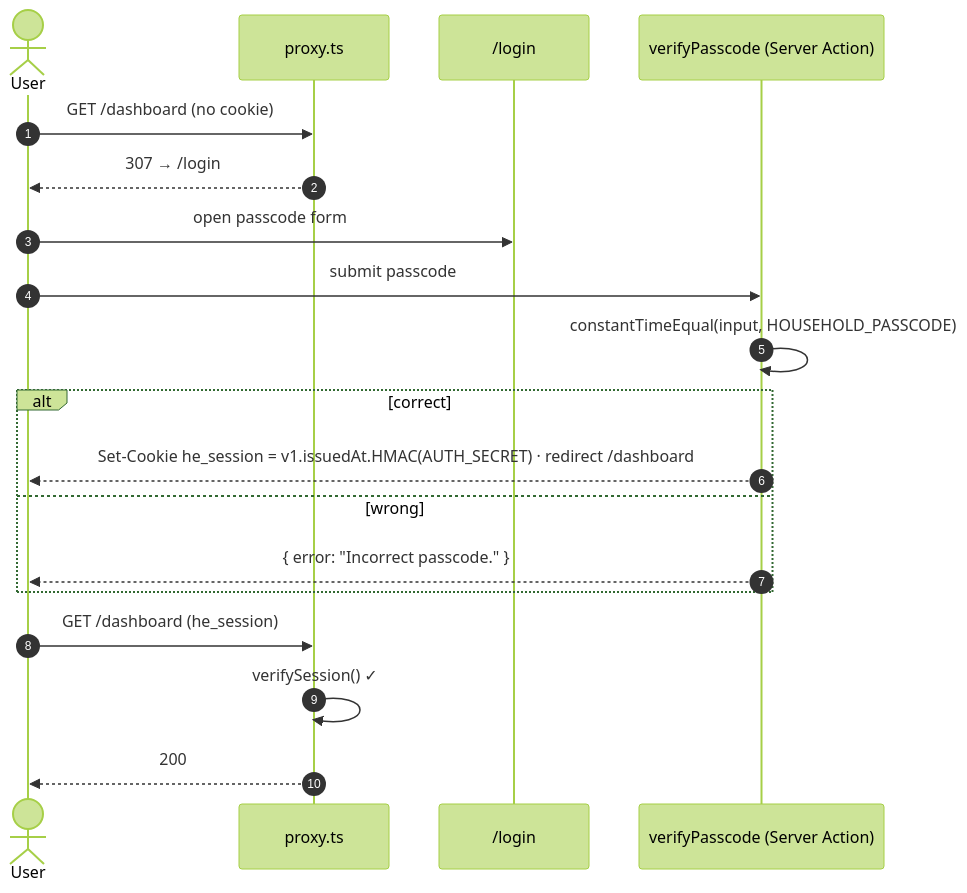
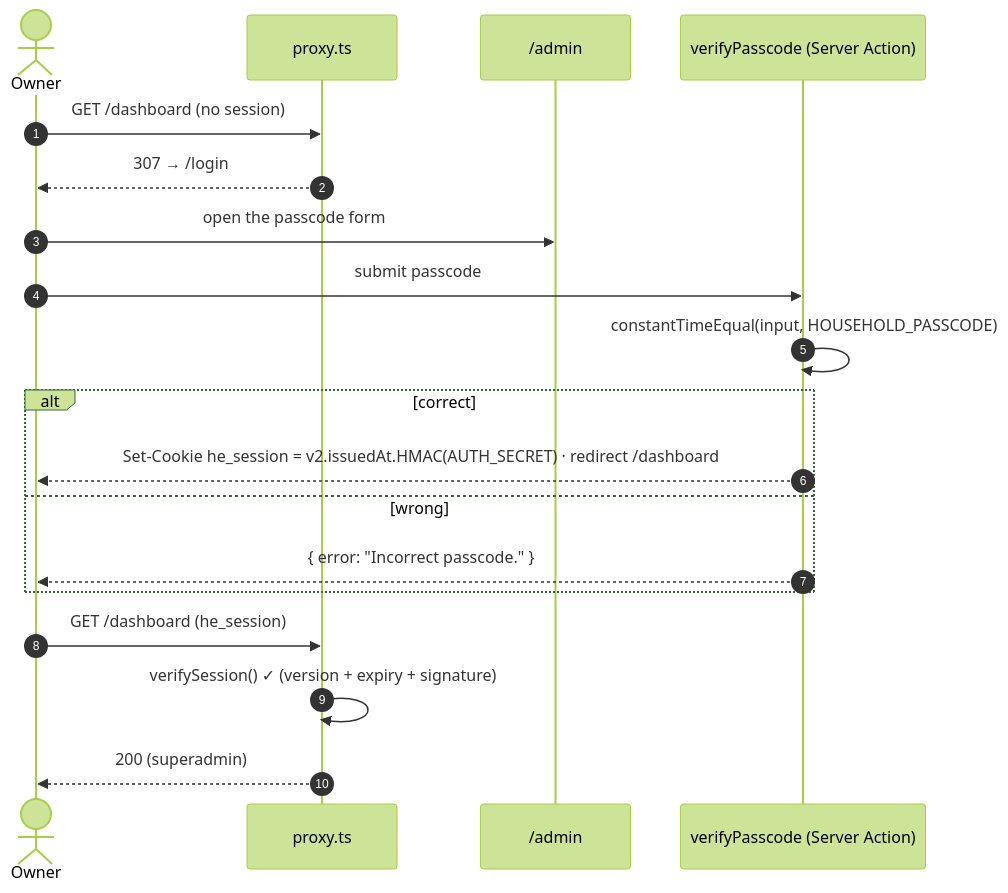
Before and after one commit to mangatinanda/outlay: the fourth of 4 diagrams in README.md, drawn with Mermaid (forest theme). The commit also changed other lines of this file and 5 other files, not shown here.

````diff
--- a/README.md
+++ b/README.md
@@ -207,22 +289,22 @@
 ```mermaid
 sequenceDiagram
     autonumber
-    actor User
+    actor Owner
     participant Proxy as proxy.ts
-    participant Login as /login
+    participant Admin as /admin
     participant Verify as verifyPasscode (Server Action)
 
-    User->>Proxy: GET /dashboard (no cookie)
-    Proxy-->>User: 307 → /login
-    User->>Login: open passcode form
-    User->>Verify: submit passcode
+    Owner->>Proxy: GET /dashboard (no session)
+    Proxy-->>Owner: 307 → /login
+    Owner->>Admin: open the passcode form
+    Owner->>Verify: submit passcode
     Verify->>Verify: constantTimeEqual(input, HOUSEHOLD_PASSCODE)
     alt correct
-        Verify-->>User: Set-Cookie he_session = v1.issuedAt.HMAC(AUTH_SECRET) · redirect /dashboard
+        Verify-->>Owner: Set-Cookie he_session = v2.issuedAt.HMAC(AUTH_SECRET) · redirect /dashboard
     else wrong
-        Verify-->>User: { error: "Incorrect passcode." }
+        Verify-->>Owner: { error: "Incorrect passcode." }
     end
-    User->>Proxy: GET /dashboard (he_session)
-    Proxy->>Proxy: verifySession() ✓
-    Proxy-->>User: 200
+    Owner->>Proxy: GET /dashboard (he_session)
+    Proxy->>Proxy: verifySession() ✓ (version + expiry + signature)
+    Proxy-->>Owner: 200 (superadmin)
 ```
````
